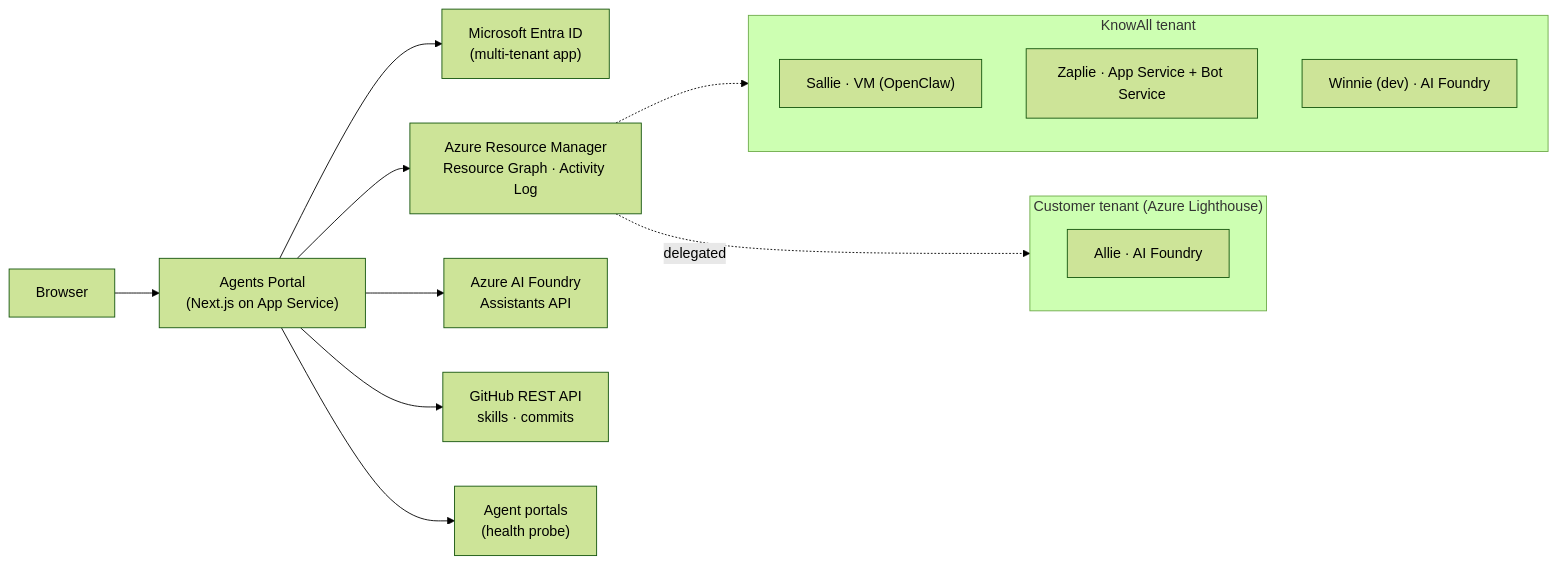
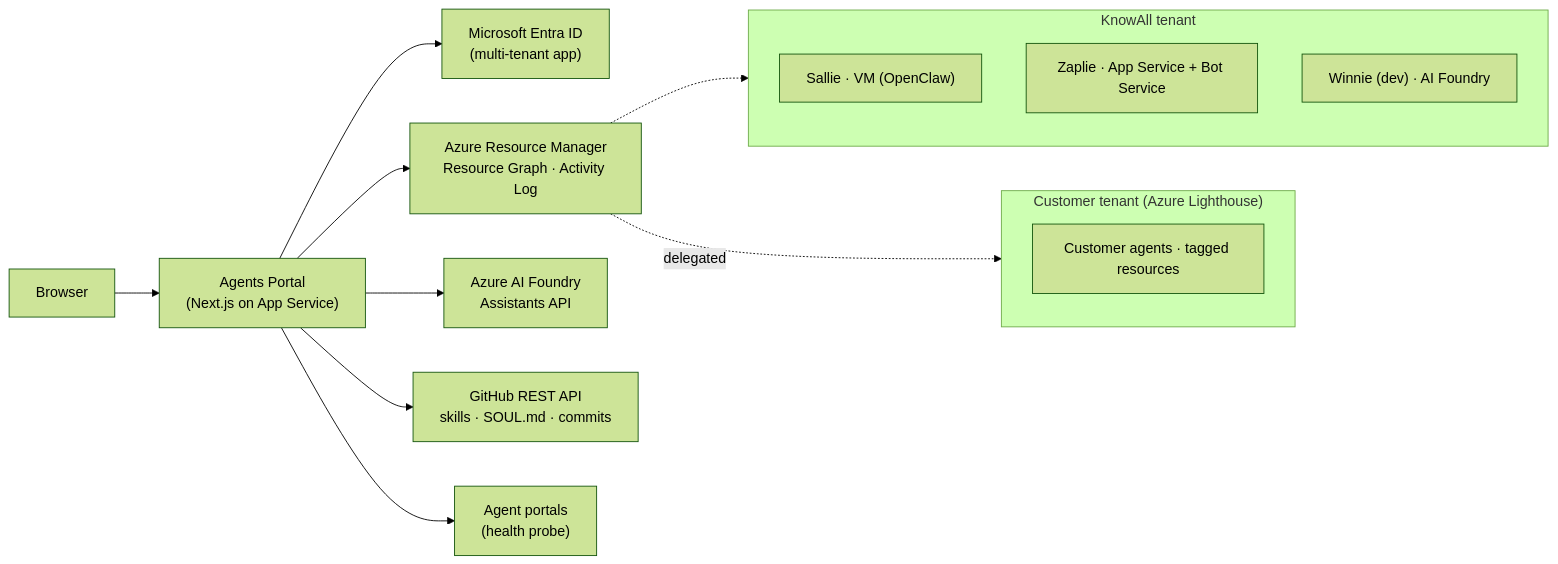
The diagram in docs/SOLUTION_DESIGN.adoc (knowall-ai/agents-portal), drawn with Mermaid (forest theme) before and after one commit. The commit also changed other lines of this file and 20 other files, not shown here.

First line of the commit message:
feat: SOUL.md panel, shared skill sources, drop hard-coded Allie

```diff
--- a/docs/SOLUTION_DESIGN.adoc
+++ b/docs/SOLUTION_DESIGN.adoc
@@ -14,21 +14,21 @@
 [mermaid]
 ....
 flowchart LR
     Browser["Browser"] --> App["Agents Portal<br/>(Next.js on App Service)"]
     App --> Entra["Microsoft Entra ID<br/>(multi-tenant app)"]
     App --> ARM["Azure Resource Manager<br/>Resource Graph · Activity Log"]
     App --> Foundry["Azure AI Foundry<br/>Assistants API"]
-    App --> GitHub["GitHub REST API<br/>skills · commits"]
+    App --> GitHub["GitHub REST API<br/>skills · SOUL.md · commits"]
     App --> Portal["Agent portals<br/>(health probe)"]
 
     subgraph KnowAll["KnowAll tenant"]
         Sallie["Sallie · VM (OpenClaw)"]
         Zaplie["Zaplie · App Service + Bot Service"]
         Winnie["Winnie (dev) · AI Foundry"]
     end
     subgraph Customer["Customer tenant (Azure Lighthouse)"]
-        Allie["Allie · AI Foundry"]
+        CustomerAgents["Customer agents · tagged resources"]
     end
     ARM -.-> KnowAll
     ARM -.->|delegated| Customer
 ....
```
